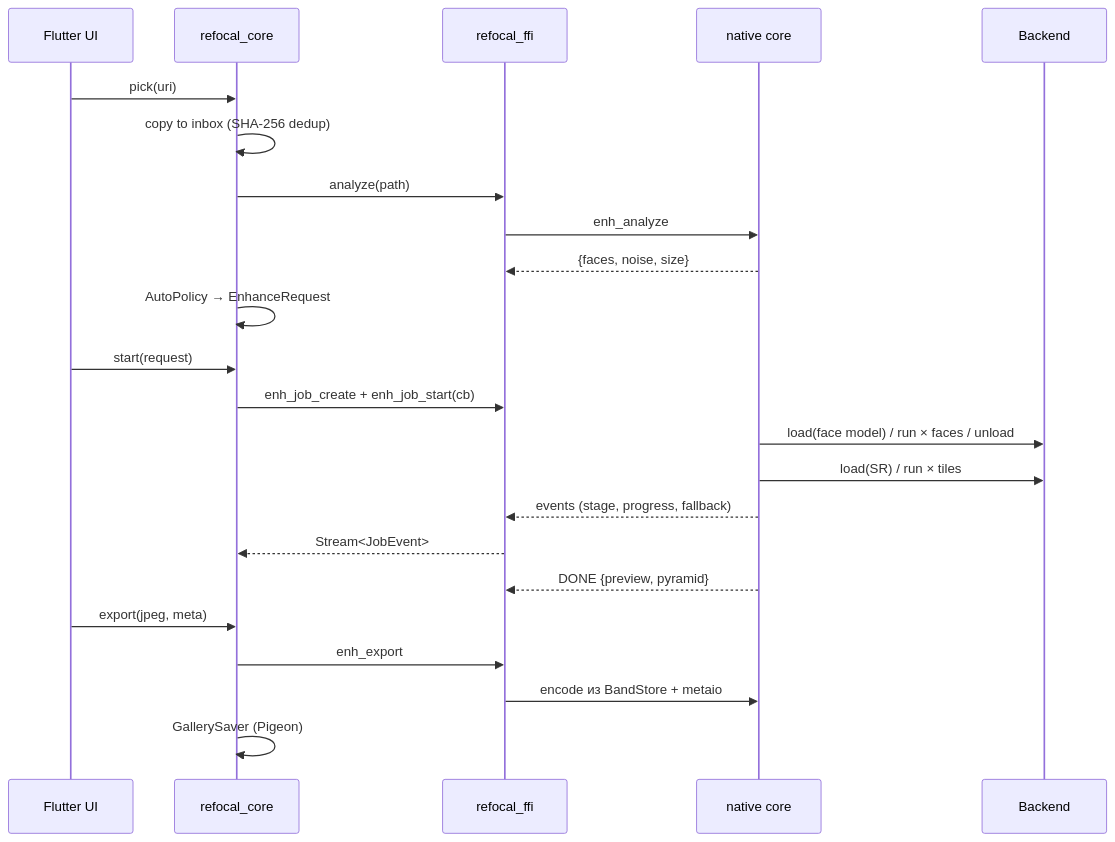
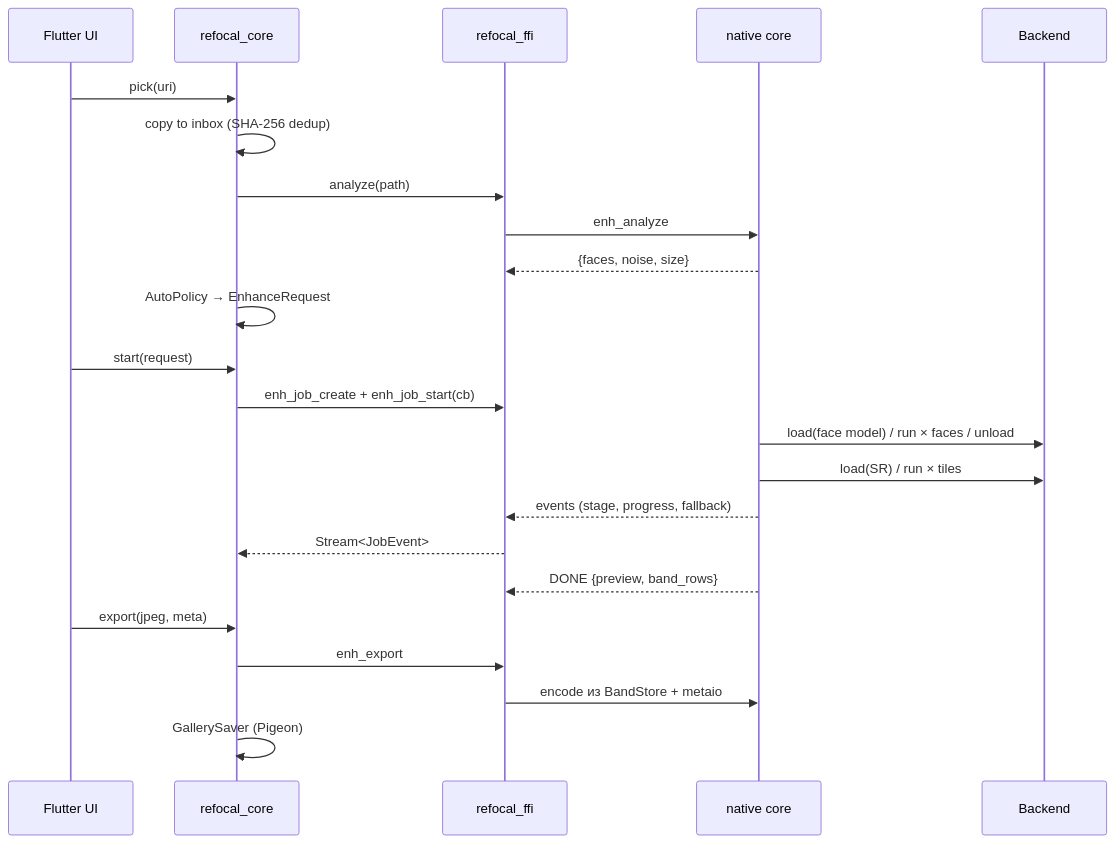
The second of 3 diagrams in docs/spec/03-architecture.md (sleepe229/refocal), drawn with Mermaid before and after one commit. The commit also changed other lines of this file and 13 other files, not shown here.

````diff
--- a/docs/spec/03-architecture.md
+++ b/docs/spec/03-architecture.md
@@ -236,25 +236,25 @@
 ```mermaid
 sequenceDiagram
     participant UI as Flutter UI
     participant C as refocal_core
     participant F as refocal_ffi
     participant N as native core
     participant B as Backend
     UI->>C: pick(uri)
     C->>C: copy to inbox (SHA-256 dedup)
     C->>F: analyze(path)
     F->>N: enh_analyze
     N-->>F: {faces, noise, size}
     C->>C: AutoPolicy → EnhanceRequest
     UI->>C: start(request)
     C->>F: enh_job_create + enh_job_start(cb)
     N->>B: load(face model) / run × faces / unload
     N->>B: load(SR) / run × tiles
     N-->>F: events (stage, progress, fallback)
     F-->>C: Stream<JobEvent>
-    N-->>F: DONE {preview, pyramid}
+    N-->>F: DONE {preview, band_rows}
     UI->>C: export(jpeg, meta)
     C->>F: enh_export
     F->>N: encode из BandStore + metaio
     C->>C: GallerySaver (Pigeon)
 ```
````
